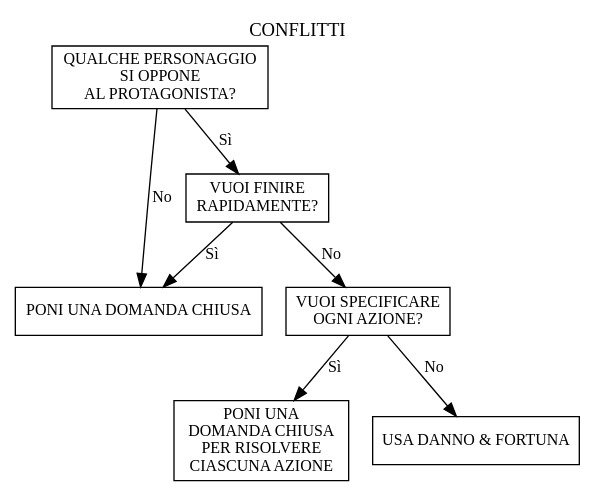
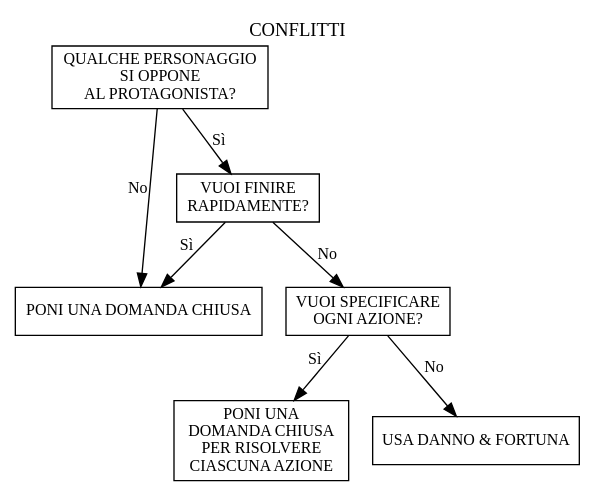
One commit to zeruhur/loner changed the diagram in it/diagrammi/conflitti.dot. Above: the diagram before and after it, drawn with Graphviz. The commit also changed 35 other files, not shown here.

Commit message:
diagrams update

```diff
--- a/it/diagrammi/conflitti.dot
+++ b/it/diagrammi/conflitti.dot
@@ -1,21 +1,21 @@
 digraph conflitti { 
     label = "CONFLITTI";
     labelloc="t";
     fontname="Permanent Marker";
     node [shape="rect", fontname="Permanent Marker", fontsize=12];
     edge [fontname="Permanent Marker", fontsize=12];
 
     nd1 [label = "QUALCHE PERSONAGGIO \n SI OPPONE \n AL PROTAGONISTA?"];
     nd2 [label = "PONI UNA DOMANDA CHIUSA"];
     nd3 [label = "VUOI FINIRE \n RAPIDAMENTE?"];
     nd4 [label = "VUOI SPECIFICARE \n OGNI AZIONE?"];
     nd5 [label = "PONI UNA \n DOMANDA CHIUSA \n PER RISOLVERE \n CIASCUNA AZIONE"];
     nd6 [label = "USA DANNO & FORTUNA"];
 
-    nd1 -> nd2 [label = "No"];
+    nd1 -> nd2 [xlabel = "No"];
     nd1 -> nd3 [label = "Sì"];
-    nd3 -> nd2 [label = "Sì"];
+    nd3 -> nd2 [xlabel = "Sì"];
     nd3 -> nd4 [label = "No"];
-    nd4 -> nd5 [label = "Sì"];
+    nd4 -> nd5 [xlabel = "Sì"];
     nd4 -> nd6 [label = "No"];
 }
```
